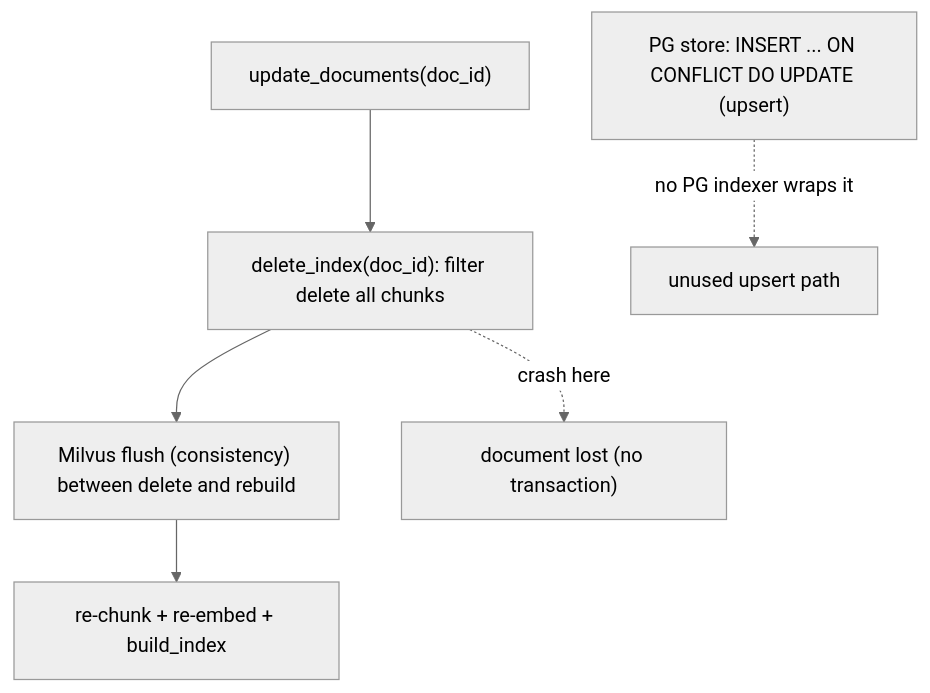
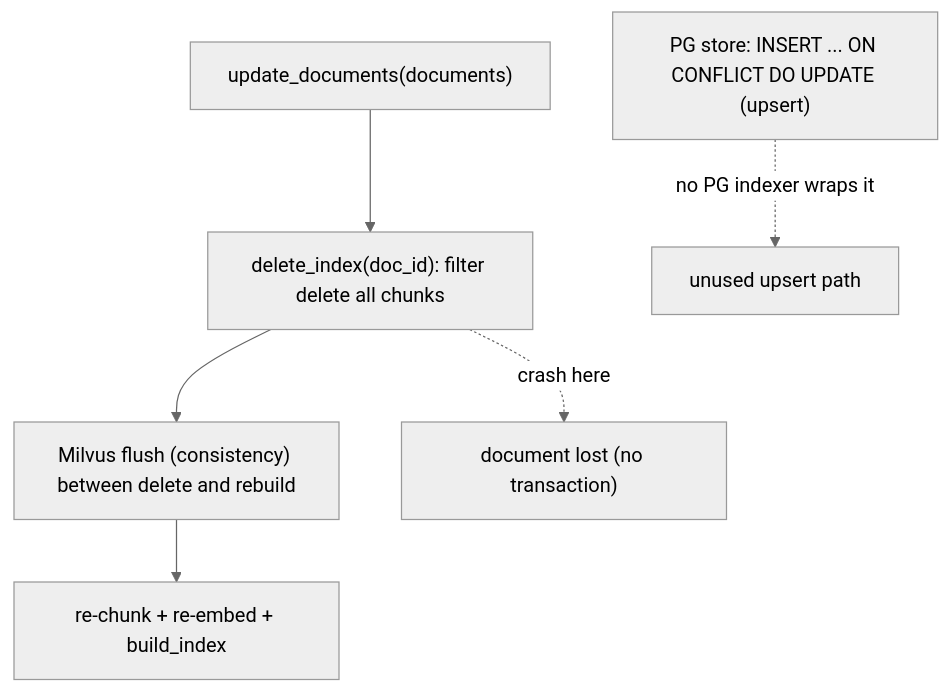
Before and after one commit to michaelatamuk/openjiuwen-knowledge: the tenth of 13 diagrams in content/topics/14-rag-system-design.md, drawn with Mermaid (neutral theme). The commit also changed other lines of this file and 19 other files, not shown here.

````diff
--- a/content/topics/14-rag-system-design.md
+++ b/content/topics/14-rag-system-design.md
@@ -240,8 +240,8 @@
 ```mermaid
 flowchart TD
-    UP["update_documents(doc_id)"] --> DEL["delete_index(doc_id): filter delete all chunks"]
+    UP["update_documents(documents)"] --> DEL["delete_index(doc_id): filter delete all chunks"]
     DEL --> FL["Milvus flush (consistency) between delete and rebuild"]
     FL --> RE["re-chunk + re-embed + build_index"]
     DEL -.->|"crash here"| LOSS["document lost (no transaction)"]
     PG["PG store: INSERT ... ON CONFLICT DO UPDATE (upsert)"] -.->|"no PG indexer wraps it"| X["unused upsert path"]
 ```
````
